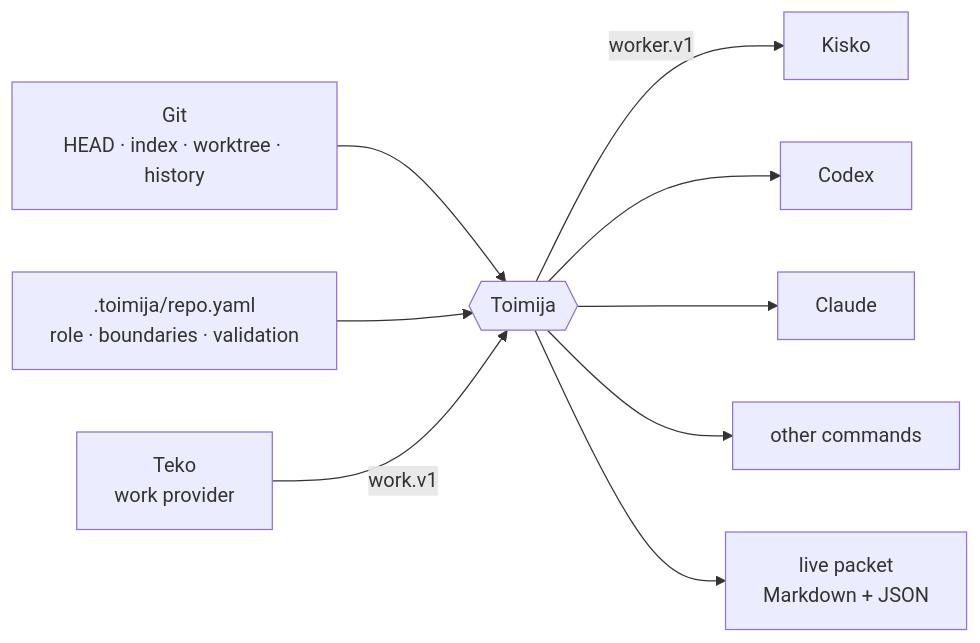
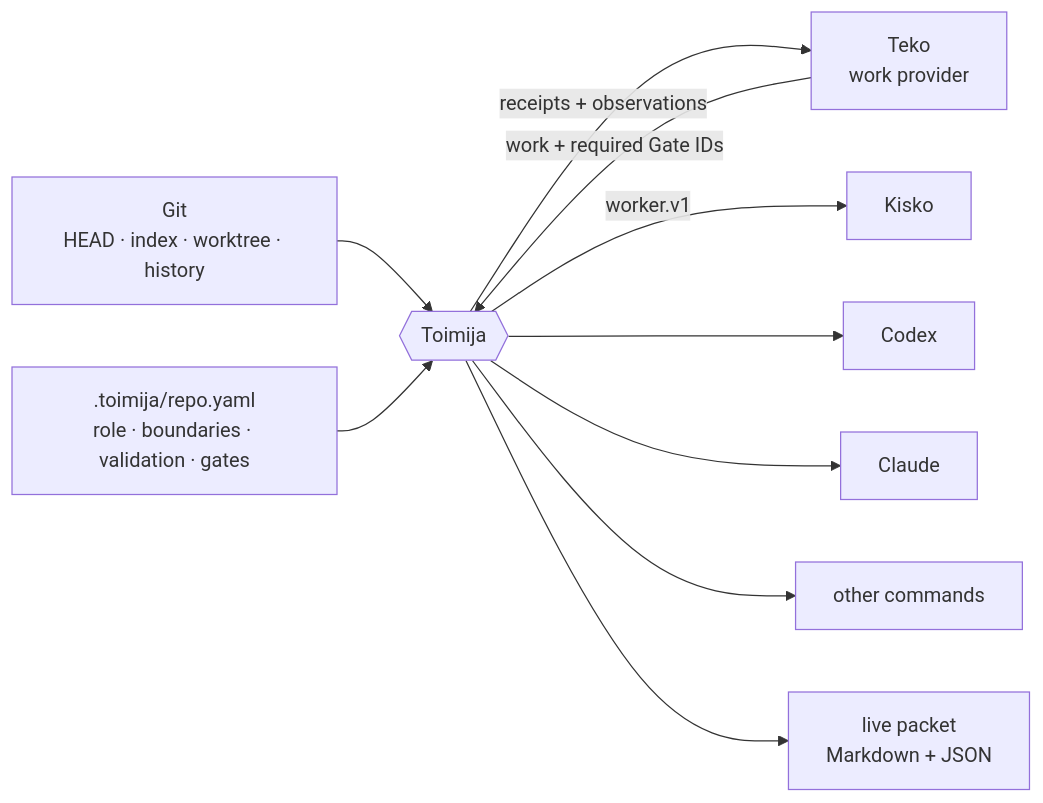
One commit to false-systems/toimija changed the first of 2 diagrams in README.md. Above: the diagram before and after it, drawn with Mermaid. The commit also changed other lines of this file, not shown here.

Commit message:
docs: surface trusted gate authority

````diff
--- a/README.md
+++ b/README.md
@@ -27,11 +29,12 @@
 ```mermaid
 flowchart LR
     G["Git<br/>HEAD · index · worktree · history"] --> T{{"Toimija"}}
-    R[".toimija/repo.yaml<br/>role · boundaries · validation"] --> T
-    W["Teko<br/>work provider"] -- "work.v1" --> T
+    R[".toimija/repo.yaml<br/>role · boundaries · validation · gates"] --> T
+    W["Teko<br/>work provider"] -- "work + required Gate IDs" --> T
+    T -- "receipts + observations" --> W
     T -- "worker.v1" --> K["Kisko"]
     T --> C["Codex"]
     T --> A["Claude"]
     T --> X["other commands"]
     T --> P["live packet<br/>Markdown + JSON"]
 ```
````
